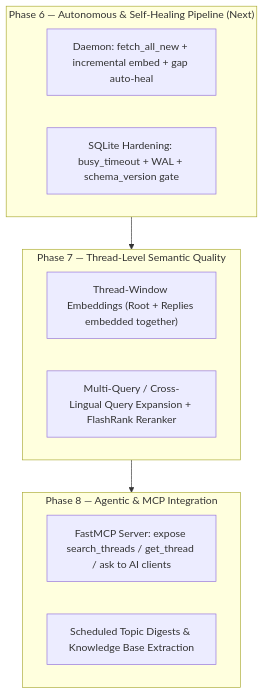
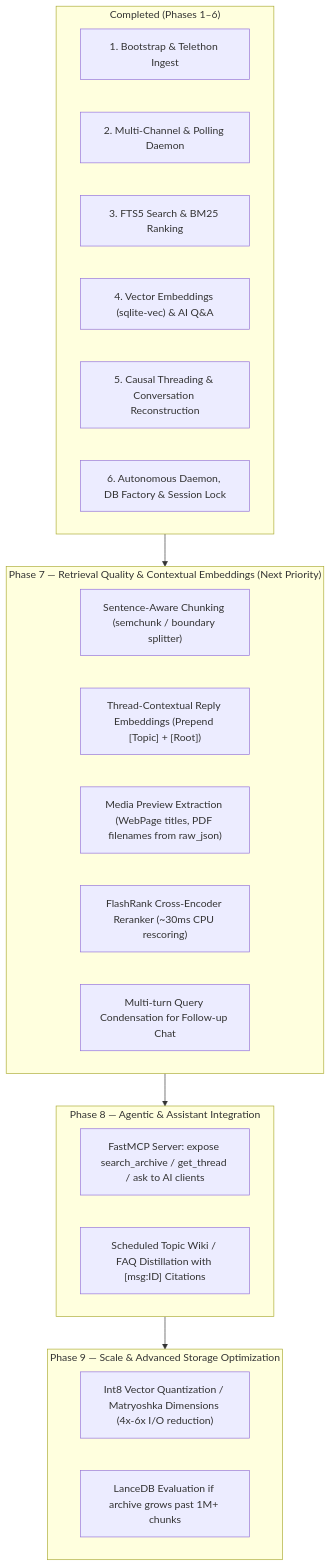
One commit to r-senchuk/tgram changed the diagram in docs/development_strategy_and_roadmap.md. Above: the diagram before and after it, drawn with Mermaid. The commit also changed other lines of this file, not shown here.

Commit message:
docs: actualize development strategy and roadmap for Phase 7-9

````diff
--- a/docs/development_strategy_and_roadmap.md
+++ b/docs/development_strategy_and_roadmap.md
@@ -12,16 +15,27 @@
 ```mermaid
 flowchart TD
-    subgraph Phase6["Phase 6 — Autonomous & Self-Healing Pipeline (Next)"]
-        D["Daemon: fetch_all_new + incremental embed + gap auto-heal"]
-        PR["SQLite Hardening: busy_timeout + WAL + schema_version gate"]
+    subgraph Done["Completed (Phases 1–6)"]
+        P1["1. Bootstrap & Telethon Ingest"]
+        P2["2. Multi-Channel & Polling Daemon"]
+        P3["3. FTS5 Search & BM25 Ranking"]
+        P4["4. Vector Embeddings (sqlite-vec) & AI Q&A"]
+        P5["5. Causal Threading & Conversation Reconstruction"]
+        P6["6. Autonomous Daemon, DB Factory & Session Lock"]
     end
-    subgraph Phase7["Phase 7 — Thread-Level Semantic Quality"]
-        TE["Thread-Window Embeddings (Root + Replies embedded together)"]
-        QR["Multi-Query / Cross-Lingual Query Expansion + FlashRank Reranker"]
+    subgraph Phase7["Phase 7 — Retrieval Quality & Contextual Embeddings (Next Priority)"]
+        SC["Sentence-Aware Chunking (semchunk / boundary splitter)"]
+        TE["Thread-Contextual Reply Embeddings (Prepend [Topic] + [Root])"]
+        ME["Media Preview Extraction (WebPage titles, PDF filenames from raw_json)"]
+        FR["FlashRank Cross-Encoder Reranker (~30ms CPU rescoring)"]
+        QR["Multi-turn Query Condensation for Follow-up Chat"]
     end
-    subgraph Phase8["Phase 8 — Agentic & MCP Integration"]
-        MCP["FastMCP Server: expose search_threads / get_thread / ask to AI clients"]
-        DIG["Scheduled Topic Digests & Knowledge Base Extraction"]
+    subgraph Phase8["Phase 8 — Agentic & Assistant Integration"]
+        MCP["FastMCP Server: expose search_archive / get_thread / ask to AI clients"]
+        DIG["Scheduled Topic Wiki / FAQ Distillation with [msg:ID] Citations"]
     end
-    Phase6 --> Phase7 --> Phase8
+    subgraph Phase9["Phase 9 — Scale & Advanced Storage Optimization"]
+        QNT["Int8 Vector Quantization / Matryoshka Dimensions (4x-6x I/O reduction)"]
+        LDB["LanceDB Evaluation if archive grows past 1M+ chunks"]
+    end
+    Done --> Phase7 --> Phase8 --> Phase9
 ```
````
